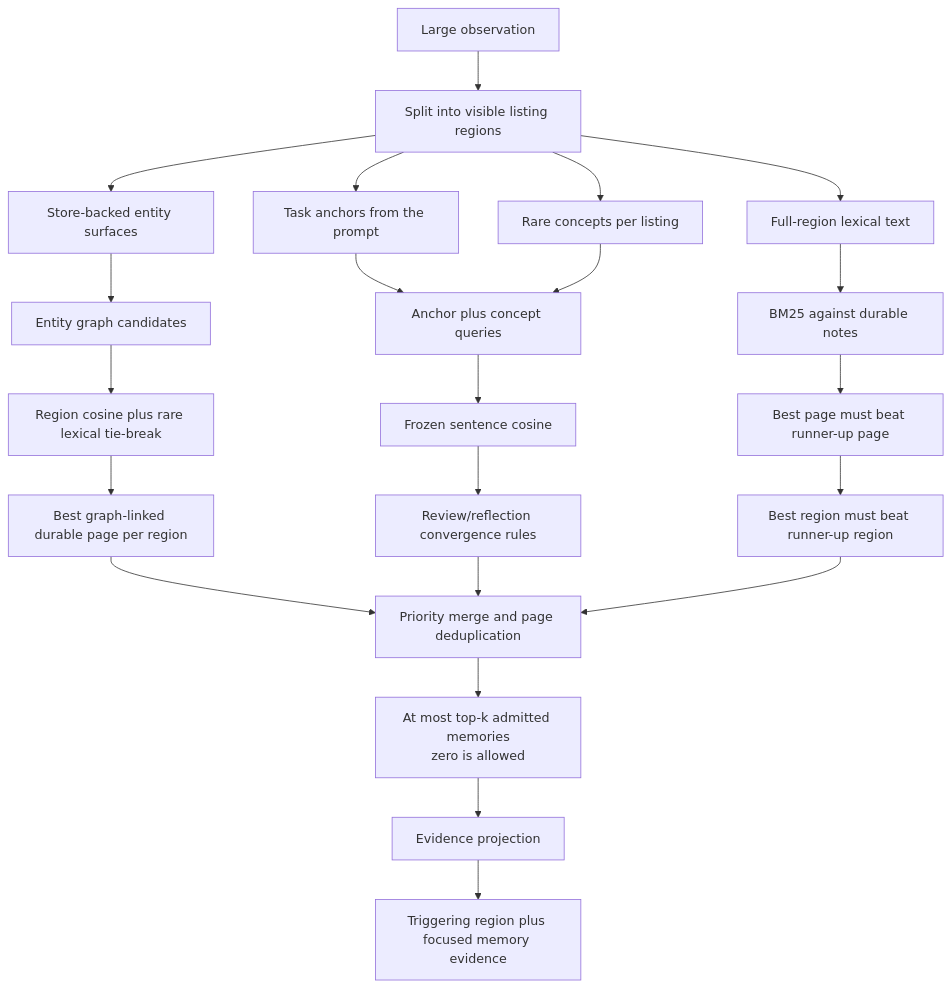
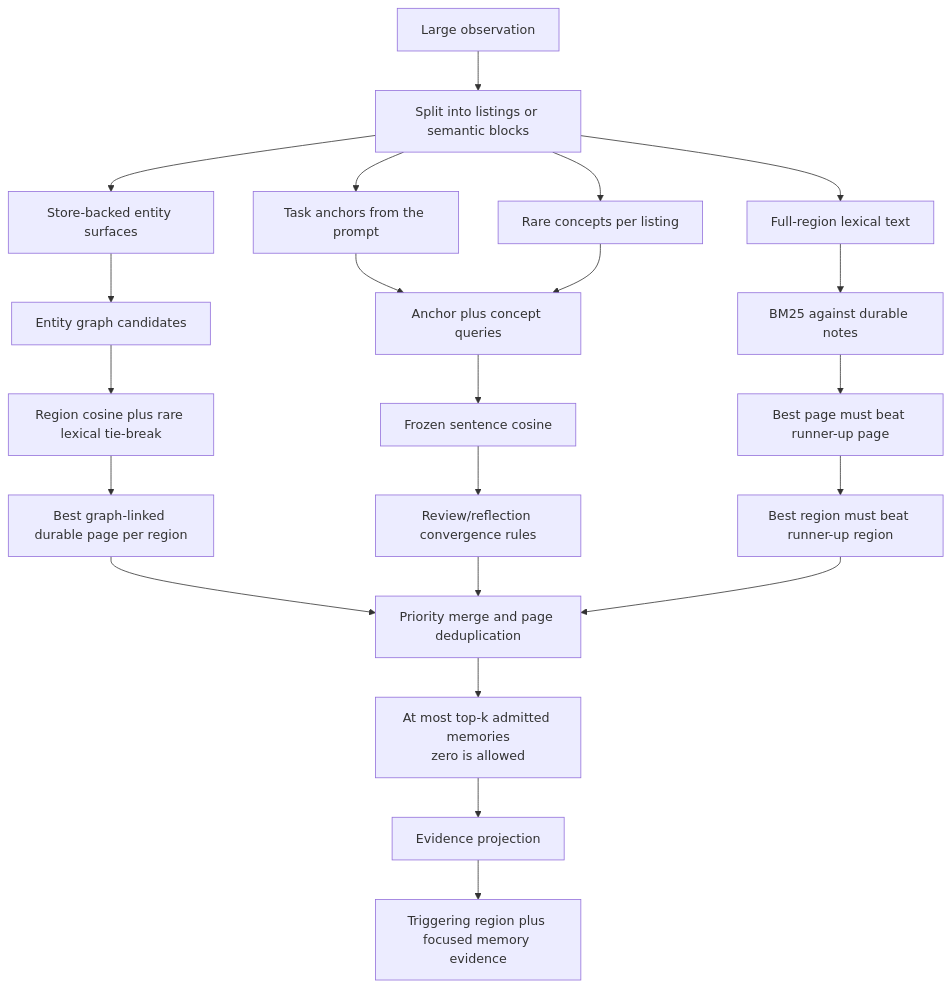
Before and after one commit to karthikcsq/parm: the second of 3 diagrams in docs/architecture.md, drawn with Mermaid. The commit also changed other lines of this file and 9 other files, not shown here.

````diff
--- a/docs/architecture.md
+++ b/docs/architecture.md
@@ -113,28 +116,28 @@
 ```mermaid
 flowchart TB
-    A["Large observation"] --> B["Split into visible listing regions"]
+    A["Large observation"] --> B["Split into listings or semantic blocks"]
     B --> C["Task anchors from the prompt"]
     B --> D["Store-backed entity surfaces"]
     B --> E["Rare concepts per listing"]
     B --> F["Full-region lexical text"]
 
     D --> G["Entity graph candidates"]
     G --> H["Region cosine plus rare lexical tie-break"]
     H --> I["Best graph-linked durable page per region"]
 
     C --> J["Anchor plus concept queries"]
     E --> J
     J --> K["Frozen sentence cosine"]
     K --> L["Review/reflection convergence rules"]
 
     F --> M["BM25 against durable notes"]
     M --> N["Best page must beat runner-up page"]
     N --> O["Best region must beat runner-up region"]
 
     I --> P["Priority merge and page deduplication"]
     L --> P
     O --> P
     P --> Q["At most top-k admitted memories<br/>zero is allowed"]
     Q --> R["Evidence projection"]
     R --> S["Triggering region plus focused memory evidence"]
 ```
````
